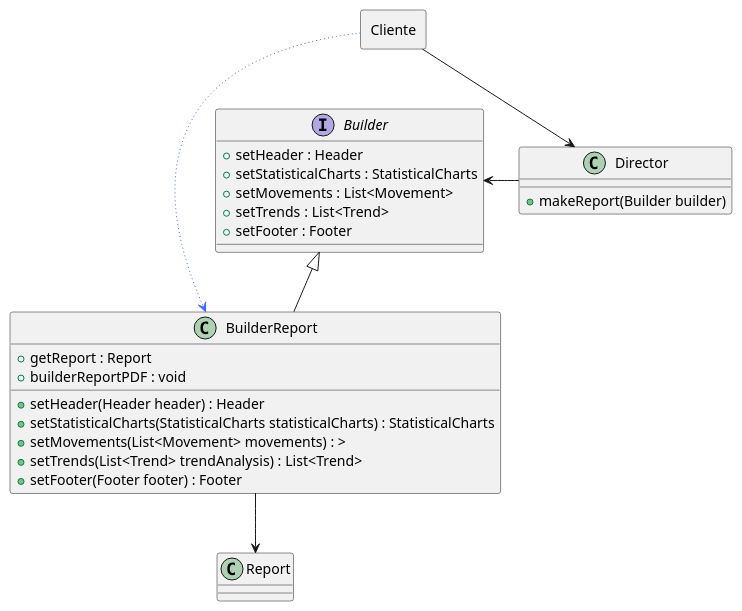
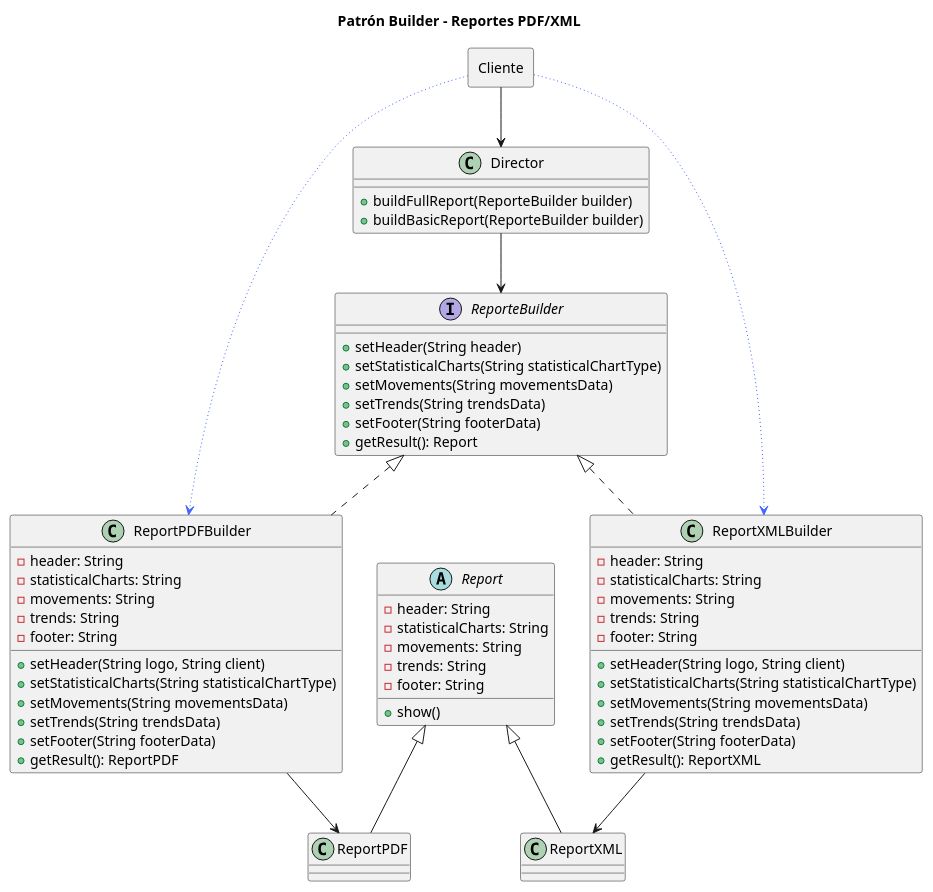
The diagram in src/main/resources/driagrams/p2/diagrama-clases.wsd (jhonnnier/unisabana-grupo2), drawn with PlantUML before and after one commit. The commit also changed 27 other files, not shown here.

Commit message:
Punto 2 - Implementación patrón builder.

```diff
--- a/src/main/resources/driagrams/p2/diagrama-clases.wsd
+++ b/src/main/resources/driagrams/p2/diagrama-clases.wsd
@@ -1,40 +1,71 @@
 @startuml
-rectangle Cliente { 
+title Patrón Builder - Reportes PDF/XML
+
+rectangle Cliente {
+        }
+
+interface ReporteBuilder {
+    + setHeader(String header)
+    + setStatisticalCharts(String statisticalChartType)
+    + setMovements(String movementsData)
+    + setTrends(String trendsData)
+    + setFooter(String footerData)
+    + getResult(): Report
+}
+
+class ReportPDFBuilder implements ReporteBuilder {
+    - header: String
+    - statisticalCharts: String
+    - movements: String
+    - trends: String
+    - footer: String
+    + setHeader(String logo, String client)
+    + setStatisticalCharts(String statisticalChartType)
+    + setMovements(String movementsData)
+    + setTrends(String trendsData)
+    + setFooter(String footerData)
+    + getResult(): ReportPDF
+}
+
+class ReportXMLBuilder implements ReporteBuilder {
+    - header: String
+    - statisticalCharts: String
+    - movements: String
+    - trends: String
+    - footer: String
+    + setHeader(String logo, String client)
+    + setStatisticalCharts(String statisticalChartType)
+    + setMovements(String movementsData)
+    + setTrends(String trendsData)
+    + setFooter(String footerData)
+    + getResult(): ReportXML
 }
 
 class Director {
-   + makeReport(Builder builder)
- }
-
-interface Builder {
-  + setHeader : Header
-  + setStatisticalCharts : StatisticalCharts
-  + setMovements : List<Movement>
-  + setTrends : List<Trend>
-  + setFooter : Footer
+    + buildFullReport(ReporteBuilder builder)
+    + buildBasicReport(ReporteBuilder builder)
 }
 
-
-class BuilderReport {
-  + getReport : Report
-  + builderReportPDF : void
-  + setHeader(Header header) : Header
-  + setStatisticalCharts(StatisticalCharts statisticalCharts) : StatisticalCharts
-  + setMovements(List<Movement> movements) : >
-  + setTrends(List<Trend> trendAnalysis) : List<Trend>
-  + setFooter(Footer footer) : Footer
+abstract class Report {
+    - header: String
+    - statisticalCharts: String
+    - movements: String
+    - trends: String
+    - footer: String
+    + show()
 }
 
-class Report {
+class ReportPDF extends Report
+class ReportXML extends Report
 
-}
-
+Director --> ReporteBuilder
+ReportPDFBuilder --> ReportPDF
+ReportXMLBuilder --> ReportXML
 
 Director <-u- Cliente
-Builder <-r- Director
-Builder <|-d- BuilderReport
-BuilderReport -d-> Report
-BuilderReport <-l[#4567ff,dotted]- Cliente
+ReportPDFBuilder <-l[#4567ff,dotted]- Cliente
+ReportXMLBuilder <-l[#4567ff,dotted]- Cliente
+
 
 
 @enduml
```
